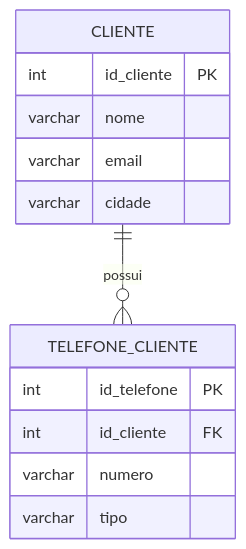
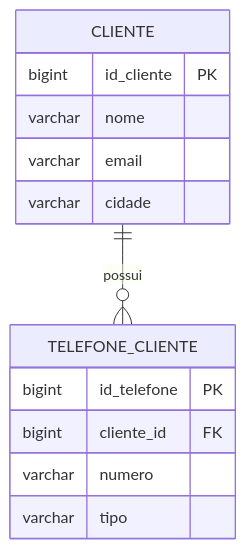
Before and after one commit to DSM-Fatec-Jahu/Banco-de-Dados-Relacional-IBD015: the first of 8 diagrams in aulas/Aula_02_Normalizacao.md, drawn with Mermaid. The commit also changed other lines of this file and 13 other files, not shown here.

````diff
--- a/aulas/Aula_02_Normalizacao.md
+++ b/aulas/Aula_02_Normalizacao.md
@@ -153,18 +153,18 @@
 ```mermaid
 erDiagram
     CLIENTE {
-        int id_cliente PK
+        bigint id_cliente PK
         varchar nome
         varchar email
         varchar cidade
     }
 
     TELEFONE_CLIENTE {
-        int id_telefone PK
-        int id_cliente FK
+        bigint id_telefone PK
+        bigint cliente_id FK
         varchar numero
         varchar tipo
     }
 
     CLIENTE ||--o{ TELEFONE_CLIENTE : "possui"
 ```
````
